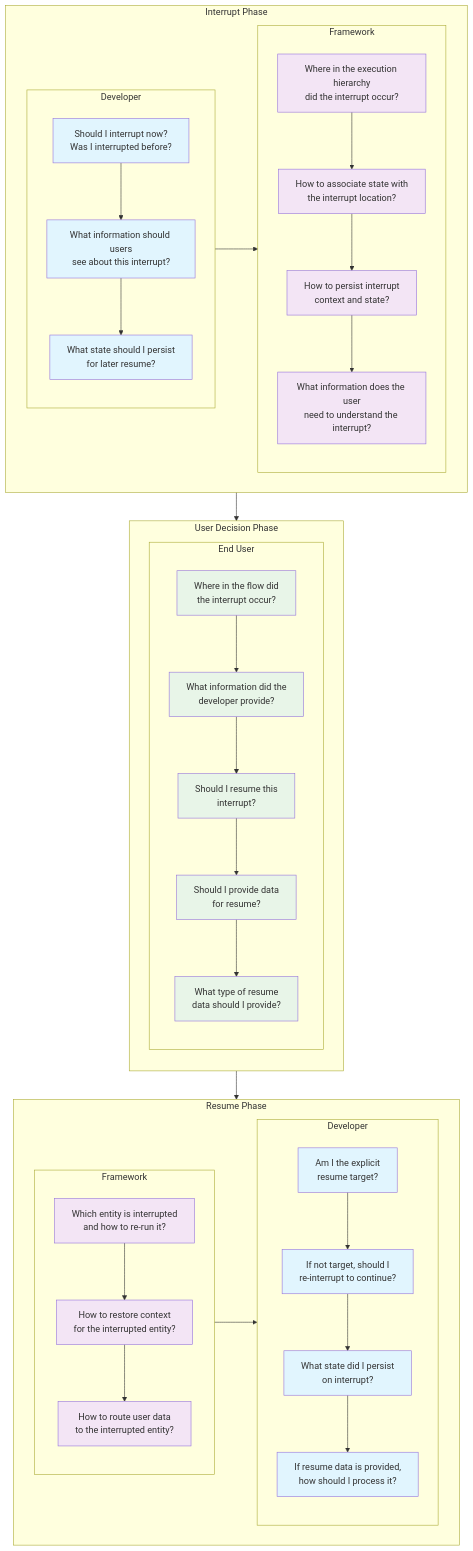
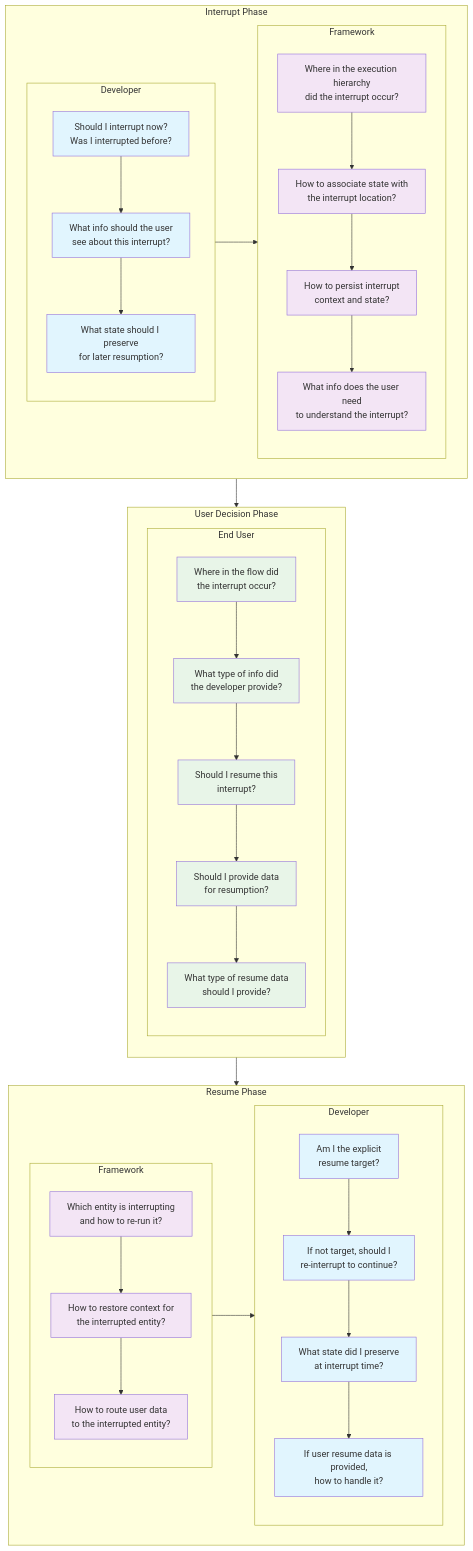
One commit to cloudwego/cloudwego.github.io changed the first of 5 diagrams in content/en/docs/eino/core_modules/eino_adk/agent_hitl.md. Above: the diagram before and after it, drawn with Mermaid. The commit also changed other lines of this file and 250 other files, not shown here.

````diff
--- a/content/en/docs/eino/core_modules/eino_adk/agent_hitl.md
+++ b/content/en/docs/eino/core_modules/eino_adk/agent_hitl.md
@@ -18,70 +18,70 @@
 ```mermaid
 graph TD
     subgraph P1 [Interrupt Phase]
         direction LR
         subgraph Dev1 [Developer]
             direction TB
             D1[Should I interrupt now?<br/>Was I interrupted before?]
-            D2[What information should users<br/>see about this interrupt?]
-            D3[What state should I persist<br/>for later resume?]
+            D2[What info should the user<br/>see about this interrupt?]
+            D3[What state should I preserve<br/>for later resumption?]
             D1 --> D2 --> D3
         end
         
         subgraph Fw1 [Framework]
             direction TB
             F1[Where in the execution hierarchy<br/>did the interrupt occur?]
             F2[How to associate state with<br/>the interrupt location?]
             F3[How to persist interrupt<br/>context and state?]
-            F4[What information does the user<br/>need to understand the interrupt?]
+            F4[What info does the user need<br/>to understand the interrupt?]
             F1 --> F2 --> F3 --> F4
         end
         
         Dev1 --> Fw1
     end
     
     subgraph P2 [User Decision Phase]
         direction TB
         subgraph "End User"
             direction TB
             U1[Where in the flow did<br/>the interrupt occur?]
-            U2[What information did the<br/>developer provide?]
+            U2[What type of info did<br/>the developer provide?]
             U3[Should I resume this<br/>interrupt?]
-            U4[Should I provide data<br/>for resume?]
-            U5[What type of resume<br/>data should I provide?]
+            U4[Should I provide data<br/>for resumption?]
+            U5[What type of resume data<br/>should I provide?]
             U1 --> U2 --> U3 --> U4 --> U5
         end
     end
     
     
     subgraph P3 [Resume Phase]
         direction LR   
         subgraph Fw2 [Framework]
             direction TB
-            FR1[Which entity is interrupted<br/>and how to re-run it?]
-            FR2[How to restore context<br/>for the interrupted entity?]
+            FR1[Which entity is interrupting<br/>and how to re-run it?]
+            FR2[How to restore context for<br/>the interrupted entity?]
             FR3[How to route user data<br/>to the interrupted entity?]
             FR1 --> FR2 --> FR3
         end
         
         subgraph Dev2 [Developer]
             direction TB
             DR1[Am I the explicit<br/>resume target?]
             DR2[If not target, should I<br/>re-interrupt to continue?]
-            DR3[What state did I persist<br/>on interrupt?]
-            DR4[If resume data is provided,<br/>how should I process it?]
+            DR3[What state did I preserve<br/>at interrupt time?]
+            DR4[If user resume data is provided,<br/>how to handle it?]
             DR1 --> DR2 --> DR3 --> DR4
         end
         
         Fw2 --> Dev2
     end
     
     P1 --> P2 --> P3
     
     classDef dev fill:#e1f5fe
     classDef fw fill:#f3e5f5
     classDef user fill:#e8f5e8
     
     class D1,D2,D3,DR1,DR2,DR3,DR4 dev
     class F1,F2,F3,F4,FR1,FR2,FR3 fw
     class U1,U2,U3,U4,U5 user
 ```
````
